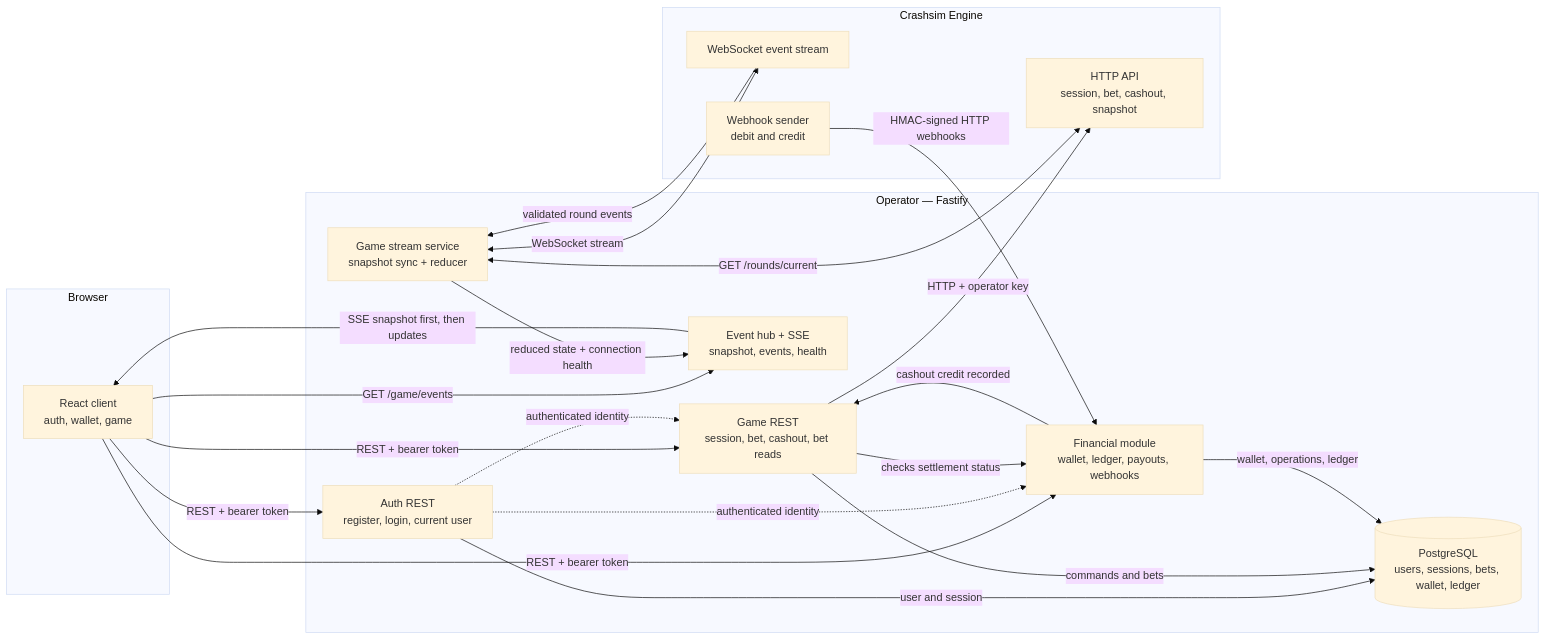
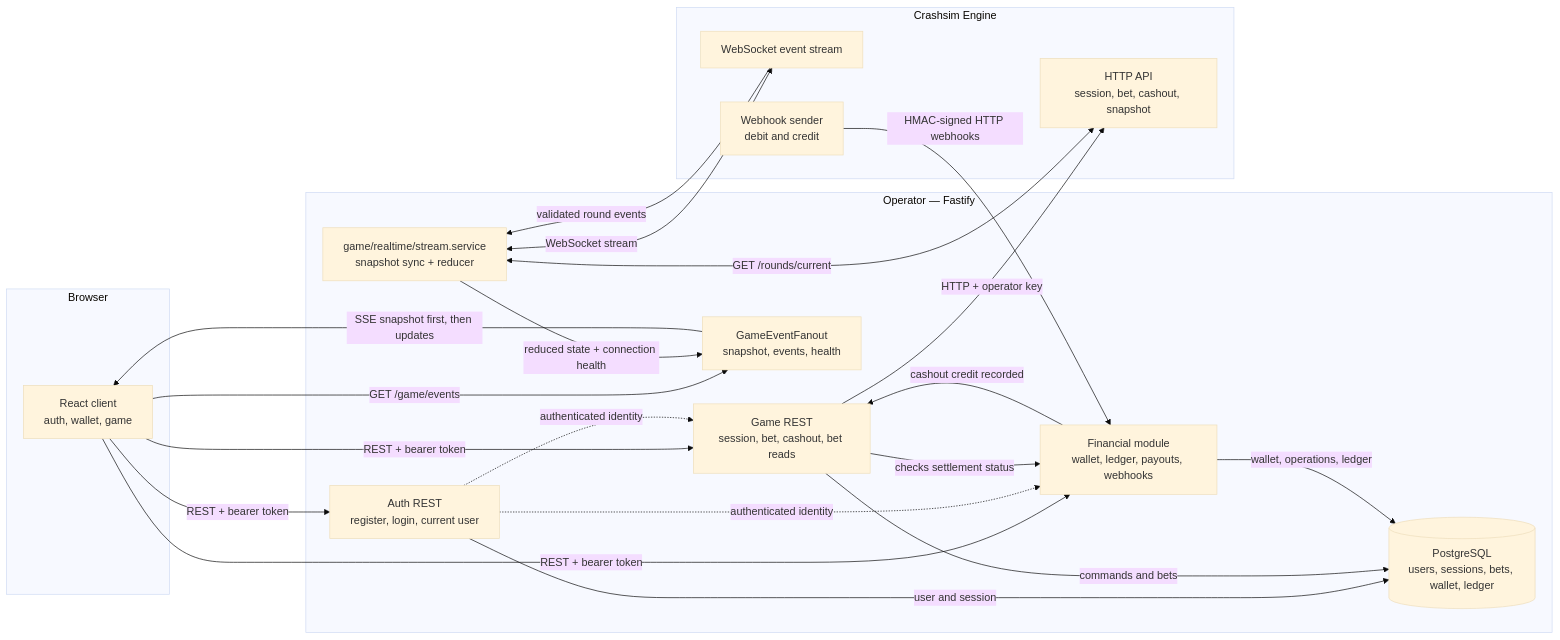
Before and after one commit to sergiobanhos/highstack-fullstack-assessment: the first of 9 diagrams in README.md, drawn with Mermaid (base theme). The commit also changed other lines of this file and 5 other files, not shown here.

Commit message:
docs(operator): document modular architecture

````diff
--- a/README.md
+++ b/README.md
@@ -17,43 +17,43 @@
 ```mermaid
 flowchart LR
   subgraph Browser[Browser]
     Client[React client<br/>auth, wallet, game]
   end
 
   subgraph Operator[Operator — Fastify]
     Auth[Auth REST<br/>register, login, current user]
     GameAPI[Game REST<br/>session, bet, cashout, bet reads]
-    GameStream[Game stream service<br/>snapshot sync + reducer]
-    Hub[Event hub + SSE<br/>snapshot, events, health]
+    GameStream[game/realtime/stream.service<br/>snapshot sync + reducer]
+    Hub[GameEventFanout<br/>snapshot, events, health]
     Financial[Financial module<br/>wallet, ledger, payouts, webhooks]
     DB[(PostgreSQL<br/>users, sessions, bets, wallet, ledger)]
   end
 
   subgraph Engine[Crashsim Engine]
     EngineHTTP[HTTP API<br/>session, bet, cashout, snapshot]
     EngineWS[WebSocket event stream]
     EngineWebhook[Webhook sender<br/>debit and credit]
   end
 
   Client -->|REST + bearer token| Auth
   Client -->|REST + bearer token| GameAPI
   Client -->|REST + bearer token| Financial
   Client -->|GET /game/events| Hub
 
   Auth -->|user and session| DB
   GameAPI -->|commands and bets| DB
   Financial -->|wallet, operations, ledger| DB
   Auth -. authenticated identity .-> GameAPI
   Auth -. authenticated identity .-> Financial
 
   GameAPI -->|HTTP + operator key| EngineHTTP
   GameStream <-->|WebSocket stream| EngineWS
   GameStream <-->|GET /rounds/current| EngineHTTP
   EngineWS -->|validated round events| GameStream
   GameStream -->|reduced state + connection health| Hub
   Hub -->|SSE snapshot first, then updates| Client
 
   EngineWebhook -->|HMAC-signed HTTP webhooks| Financial
   GameAPI -->|checks settlement status| Financial
   Financial -->|cashout credit recorded| GameAPI
 ```
````
